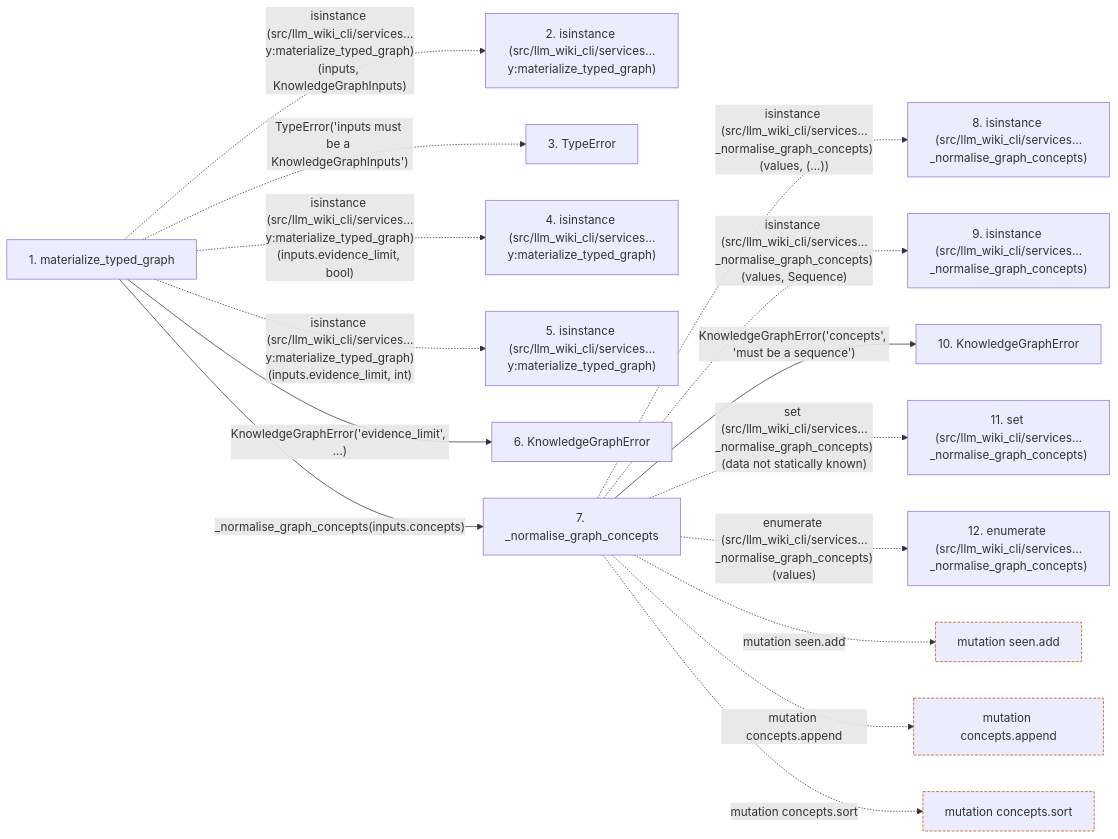
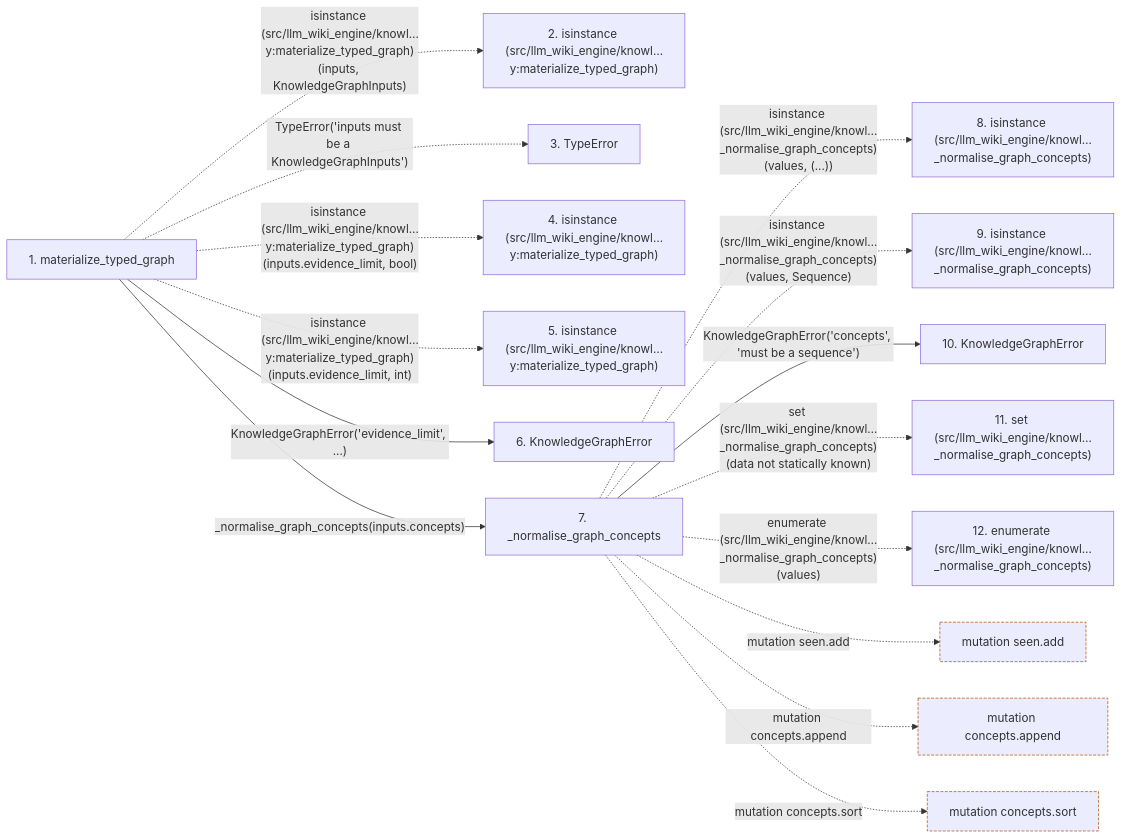
Before and after one commit to Denissvgn/python-wiki-llm: the second of 2 diagrams in docs/llm_wiki/flows/api-materialize_typed_graph.md, drawn with Mermaid. The commit also changed other lines of this file and 1103 other files, not shown here.

First line of the commit message:
docs: refresh the wiki for the llm-wiki-engine distribution

````diff
--- a/docs/llm_wiki/flows/api-materialize_typed_graph.md
+++ b/docs/llm_wiki/flows/api-materialize_typed_graph.md
@@ -137,40 +137,40 @@
 ```mermaid
 flowchart LR
     s1["1. materialize_typed_graph"]
-    s2["2. isinstance (src/llm_wiki_cli/services…y:materialize_typed_graph)"]
+    s2["2. isinstance (src/llm_wiki_engine/knowl…y:materialize_typed_graph)"]
     s3["3. TypeError"]
-    s4["4. isinstance (src/llm_wiki_cli/services…y:materialize_typed_graph)"]
-    s5["5. isinstance (src/llm_wiki_cli/services…y:materialize_typed_graph)"]
+    s4["4. isinstance (src/llm_wiki_engine/knowl…y:materialize_typed_graph)"]
+    s5["5. isinstance (src/llm_wiki_engine/knowl…y:materialize_typed_graph)"]
     s6["6. KnowledgeGraphError"]
     s7["7. _normalise_graph_concepts"]
-    s8["8. isinstance (src/llm_wiki_cli/services…_normalise_graph_concepts)"]
-    s9["9. isinstance (src/llm_wiki_cli/services…_normalise_graph_concepts)"]
+    s8["8. isinstance (src/llm_wiki_engine/knowl…_normalise_graph_concepts)"]
+    s9["9. isinstance (src/llm_wiki_engine/knowl…_normalise_graph_concepts)"]
     s10["10. KnowledgeGraphError"]
-    s11["11. set (src/llm_wiki_cli/services…_normalise_graph_concepts)"]
-    s12["12. enumerate (src/llm_wiki_cli/services…_normalise_graph_concepts)"]
-    s1 -. "isinstance (src/llm_wiki_cli/services…y:materialize_typed_graph)(inputs, KnowledgeGraphInputs)" .-> s2
+    s11["11. set (src/llm_wiki_engine/knowl…_normalise_graph_concepts)"]
+    s12["12. enumerate (src/llm_wiki_engine/knowl…_normalise_graph_concepts)"]
+    s1 -. "isinstance (src/llm_wiki_engine/knowl…y:materialize_typed_graph)(inputs, KnowledgeGraphInputs)" .-> s2
     s1 -. "TypeError('inputs must be a KnowledgeGraphInputs')" .-> s3
-    s1 -. "isinstance (src/llm_wiki_cli/services…y:materialize_typed_graph)(inputs.evidence_limit, bool)" .-> s4
-    s1 -. "isinstance (src/llm_wiki_cli/services…y:materialize_typed_graph)(inputs.evidence_limit, int)" .-> s5
+    s1 -. "isinstance (src/llm_wiki_engine/knowl…y:materialize_typed_graph)(inputs.evidence_limit, bool)" .-> s4
+    s1 -. "isinstance (src/llm_wiki_engine/knowl…y:materialize_typed_graph)(inputs.evidence_limit, int)" .-> s5
     s1 -->|"KnowledgeGraphError('evidence_limit', ...)"| s6
     s1 -->|"_normalise_graph_concepts(inputs.concepts)"| s7
-    s7 -. "isinstance (src/llm_wiki_cli/services…_normalise_graph_concepts)(values, (...))" .-> s8
-    s7 -. "isinstance (src/llm_wiki_cli/services…_normalise_graph_concepts)(values, Sequence)" .-> s9
+    s7 -. "isinstance (src/llm_wiki_engine/knowl…_normalise_graph_concepts)(values, (...))" .-> s8
+    s7 -. "isinstance (src/llm_wiki_engine/knowl…_normalise_graph_concepts)(values, Sequence)" .-> s9
     s7 -->|"KnowledgeGraphError('concepts', 'must be a sequence')"| s10
-    s7 -. "set (src/llm_wiki_cli/services…_normalise_graph_concepts)(data not statically known)" .-> s11
-    s7 -. "enumerate (src/llm_wiki_cli/services…_normalise_graph_concepts)(values)" .-> s12
+    s7 -. "set (src/llm_wiki_engine/knowl…_normalise_graph_concepts)(data not statically known)" .-> s11
+    s7 -. "enumerate (src/llm_wiki_engine/knowl…_normalise_graph_concepts)(values)" .-> s12
     b0["mutation seen.add"]
     s7 -. "mutation seen.add" .-> b0
     b1["mutation concepts.append"]
     s7 -. "mutation concepts.append" .-> b1
     b2["mutation concepts.sort"]
     s7 -. "mutation concepts.sort" .-> b2
     click s1 "../modules/knowledge_graph.md"
     click s6 "../modules/knowledge_graph.md"
     click s7 "../modules/knowledge_graph.md"
     click s10 "../modules/knowledge_graph.md"
     classDef boundary stroke:#b45309,stroke-dasharray: 4 2
     class b0 boundary
     class b1 boundary
     class b2 boundary
 ```
````
